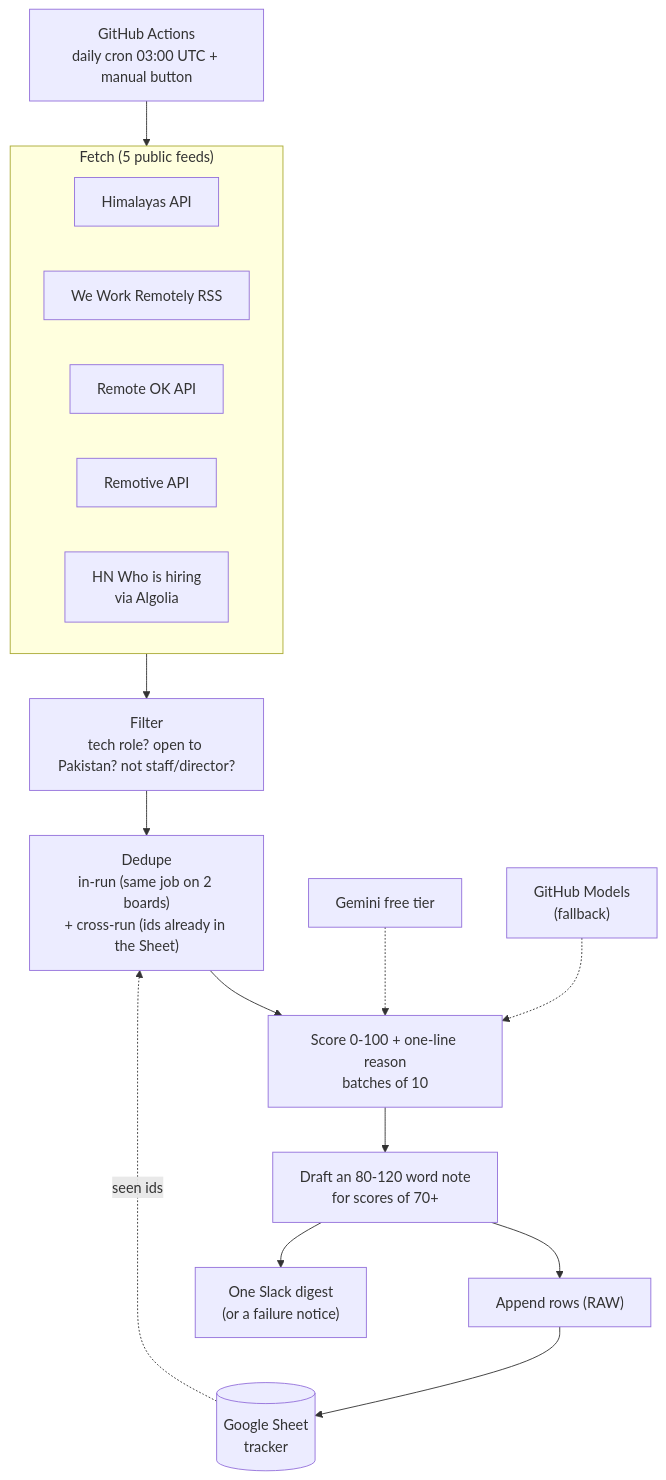
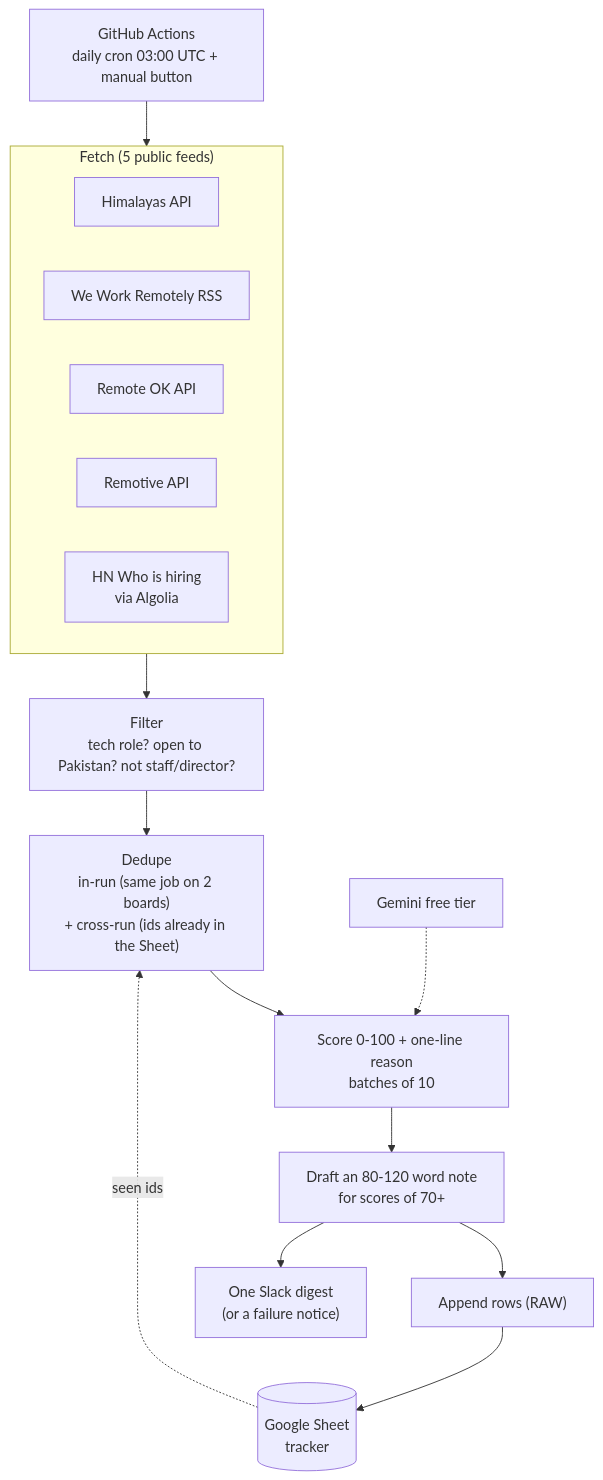
Before and after one commit to ibrahimsaadqureshi/job-agent: the diagram in README.md, drawn with Mermaid. The commit also changed other lines of this file and 1 other file, not shown here.

Commit message:
Drop the retired GitHub Models fallback from CI

````diff
--- a/README.md
+++ b/README.md
@@ -27,20 +27,19 @@
 ```mermaid
 flowchart TD
     cron["GitHub Actions<br/>daily cron 03:00 UTC + manual button"] --> fetch
     subgraph fetch["Fetch (5 public feeds)"]
         himalayas[Himalayas API]
         wwr[We Work Remotely RSS]
         remoteok[Remote OK API]
         remotive[Remotive API]
         hn[HN Who is hiring<br/>via Algolia]
     end
     fetch --> filter["Filter<br/>tech role? open to Pakistan? not staff/director?"]
     filter --> dedupe["Dedupe<br/>in-run (same job on 2 boards)<br/>+ cross-run (ids already in the Sheet)"]
     sheet[("Google Sheet<br/>tracker")] -. seen ids .-> dedupe
     dedupe --> score["Score 0-100 + one-line reason<br/>batches of 10"]
     score --> draft["Draft an 80-120 word note<br/>for scores of 70+"]
     gemini["Gemini free tier"] -.-> score
-    ghm["GitHub Models<br/>(fallback)"] -.-> score
     draft --> append["Append rows (RAW)"] --> sheet
     draft --> slack["One Slack digest<br/>(or a failure notice)"]
 ```
````
